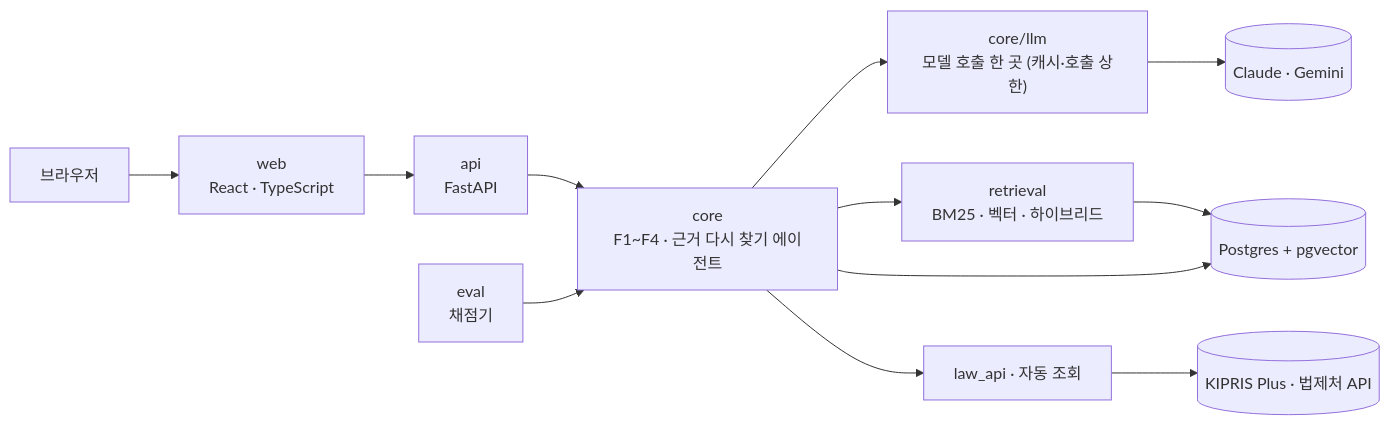
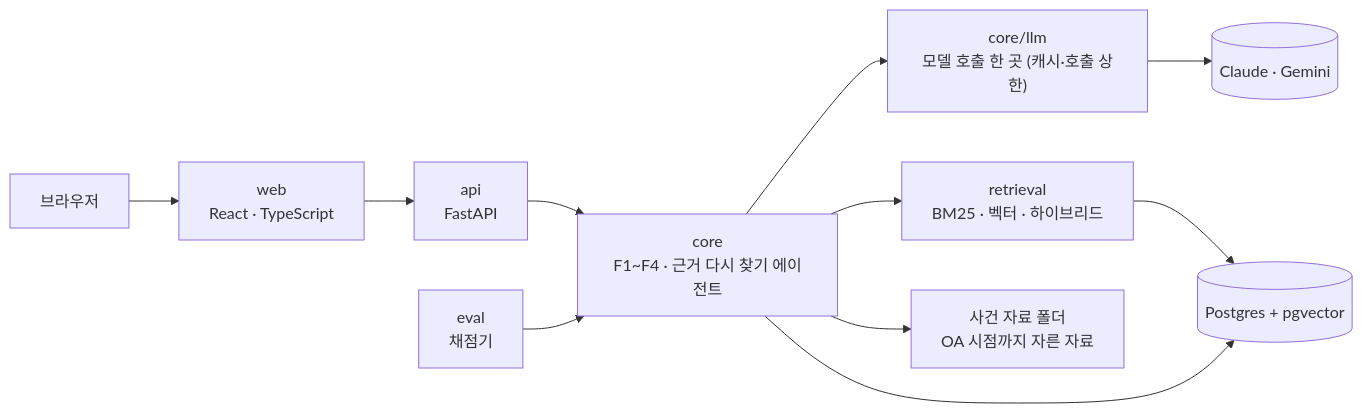
Before and after one commit to merge-mates/patent-ai-workspace: the second of 2 diagrams in README.md, drawn with Mermaid. The commit also changed other lines of this file, not shown here.

````diff
--- a/README.md
+++ b/README.md
@@ -123,12 +123,12 @@
 ```mermaid
 flowchart LR
   B[브라우저] --> W["web<br/>React · TypeScript"]
   W --> A["api<br/>FastAPI"]
   A --> C["core<br/>F1~F4 · 근거 다시 찾기 에이전트"]
   C --> L["core/llm<br/>모델 호출 한 곳 (캐시·호출 상한)"] --> M[(Claude · Gemini)]
   C --> R["retrieval<br/>BM25 · 벡터 · 하이브리드"]
-  C --> X["law_api · 자동 조회"] --> K[(KIPRIS Plus · 법제처 API)]
+  C --> X["사건 자료 폴더<br/>OA 시점까지 자른 자료"]
   R --> D[("Postgres + pgvector")]
   C --> D
   E["eval<br/>채점기"] --> C
 ```
````
